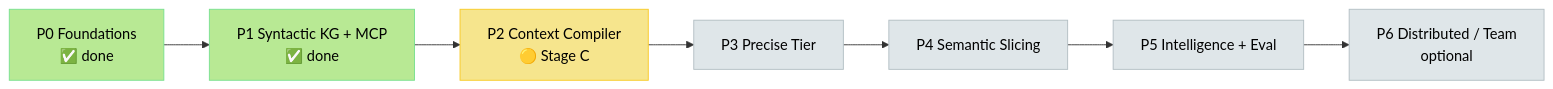
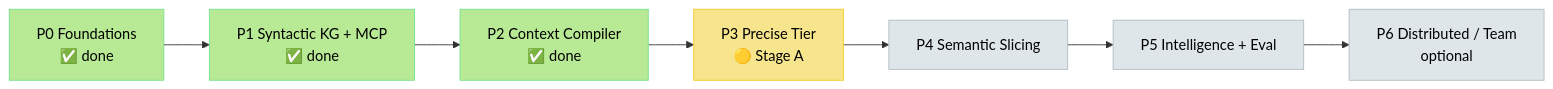
The first of 2 diagrams in docs/planning/TASKS-AND-PROGRESS.md (Md-Jazbee/prism), drawn with Mermaid before and after one commit. The commit also changed other lines of this file and 21 other files, not shown here.

First line of the commit message:
Complete Phase 2 Stage C: promote compile_context and pass P2 gate.

````diff
--- a/docs/planning/TASKS-AND-PROGRESS.md
+++ b/docs/planning/TASKS-AND-PROGRESS.md
@@ -26,17 +26,17 @@
 ```mermaid
 flowchart LR
     P0[P0 Foundations<br/>✅ done] --> P1[P1 Syntactic KG + MCP<br/>✅ done]
-    P1 --> P2[P2 Context Compiler<br/>🟡 Stage C]
-    P2 --> P3[P3 Precise Tier]
+    P1 --> P2[P2 Context Compiler<br/>✅ done]
+    P2 --> P3[P3 Precise Tier<br/>🟡 Stage A]
     P3 --> P4[P4 Semantic Slicing]
     P4 --> P5[P5 Intelligence + Eval]
     P5 --> P6[P6 Distributed / Team<br/>optional]
 
     style P0 fill:#b8e994,stroke:#78e08f,color:#000
     style P1 fill:#b8e994,stroke:#78e08f,color:#000
-    style P2 fill:#f6e58d,stroke:#f9ca24,color:#000
-    style P3 fill:#dfe6e9,stroke:#b2bec3,color:#000
+    style P2 fill:#b8e994,stroke:#78e08f,color:#000
+    style P3 fill:#f6e58d,stroke:#f9ca24,color:#000
     style P4 fill:#dfe6e9,stroke:#b2bec3,color:#000
     style P5 fill:#dfe6e9,stroke:#b2bec3,color:#000
     style P6 fill:#dfe6e9,stroke:#b2bec3,color:#000
 ```
````
